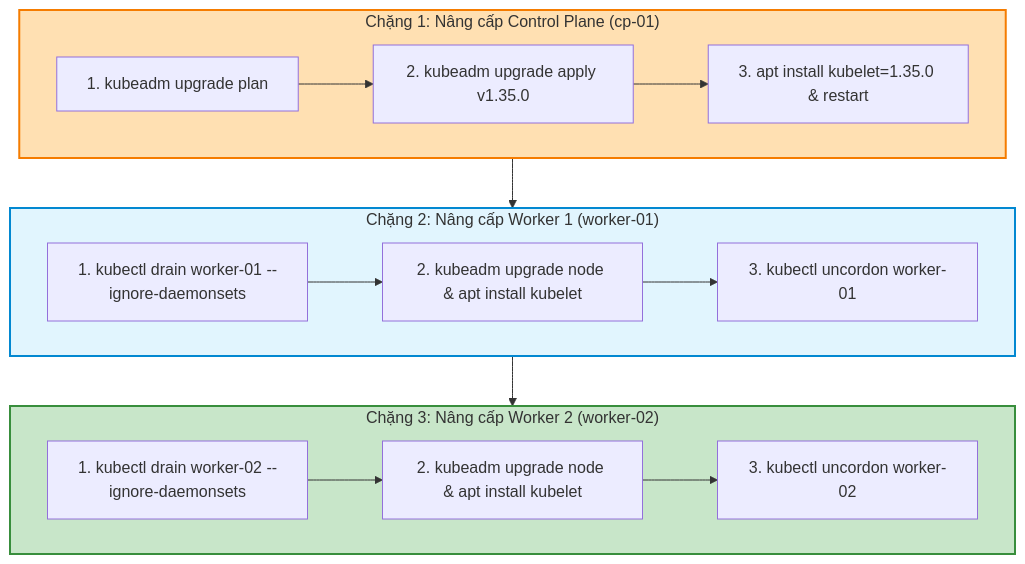
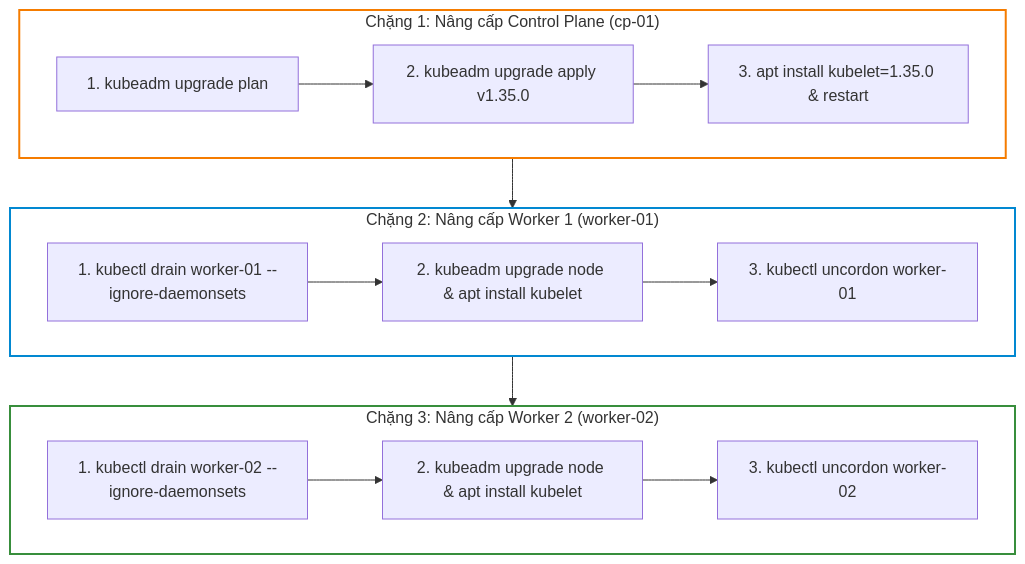
Before and after one commit to kiennt308/ntk: the third of 3 diagrams in _posts/2026-09-12-cka-08-08-nang-cap-cum-va-node.md, drawn with Mermaid. The commit also changed other lines of this file and 207 other files, not shown here.

Commit message:
feat(posts): batch standardize all 208 posts with TL;DR, qa-card accordion, fill:none mermaid, and liquid raw wrappers

````diff
--- a/_posts/2026-09-12-cka-08-08-nang-cap-cum-va-node.md
+++ b/_posts/2026-09-12-cka-08-08-nang-cap-cum-va-node.md
@@ -486,24 +490,24 @@
 ```mermaid
 graph TD
     subgraph Control_Plane_Upgrade ["Chặng 1: Nâng cấp Control Plane (cp-01)"]
         PLAN["1. kubeadm upgrade plan"] --> APPLY["2. kubeadm upgrade apply v1.35.0"]
         APPLY --> KLET_CP["3. apt install kubelet=1.35.0 & restart"]
     end
 
     subgraph Worker1_Upgrade ["Chặng 2: Nâng cấp Worker 1 (worker-01)"]
         DRAIN1["1. kubectl drain worker-01 --ignore-daemonsets"] --> UP1["2. kubeadm upgrade node & apt install kubelet"]
         UP1 --> UNCORD1["3. kubectl uncordon worker-01"]
     end
 
     subgraph Worker2_Upgrade ["Chặng 3: Nâng cấp Worker 2 (worker-02)"]
         DRAIN2["1. kubectl drain worker-02 --ignore-daemonsets"] --> UP2["2. kubeadm upgrade node & apt install kubelet"]
         UP2 --> UNCORD2["3. kubectl uncordon worker-02"]
     end
 
     Control_Plane_Upgrade --> Worker1_Upgrade
     Worker1_Upgrade --> Worker2_Upgrade
 
-    style Control_Plane_Upgrade fill:#ffe0b2,stroke:#f57c00,stroke-width:2px
-    style Worker1_Upgrade fill:#e1f5fe,stroke:#0288d1,stroke-width:2px
-    style Worker2_Upgrade fill:#c8e6c9,stroke:#388e3c,stroke-width:2px
+    style Control_Plane_Upgrade fill:none,stroke:#f57c00,stroke-width:2px
+    style Worker1_Upgrade fill:none,stroke:#0288d1,stroke-width:2px
+    style Worker2_Upgrade fill:none,stroke:#388e3c,stroke-width:2px
 ```
````
